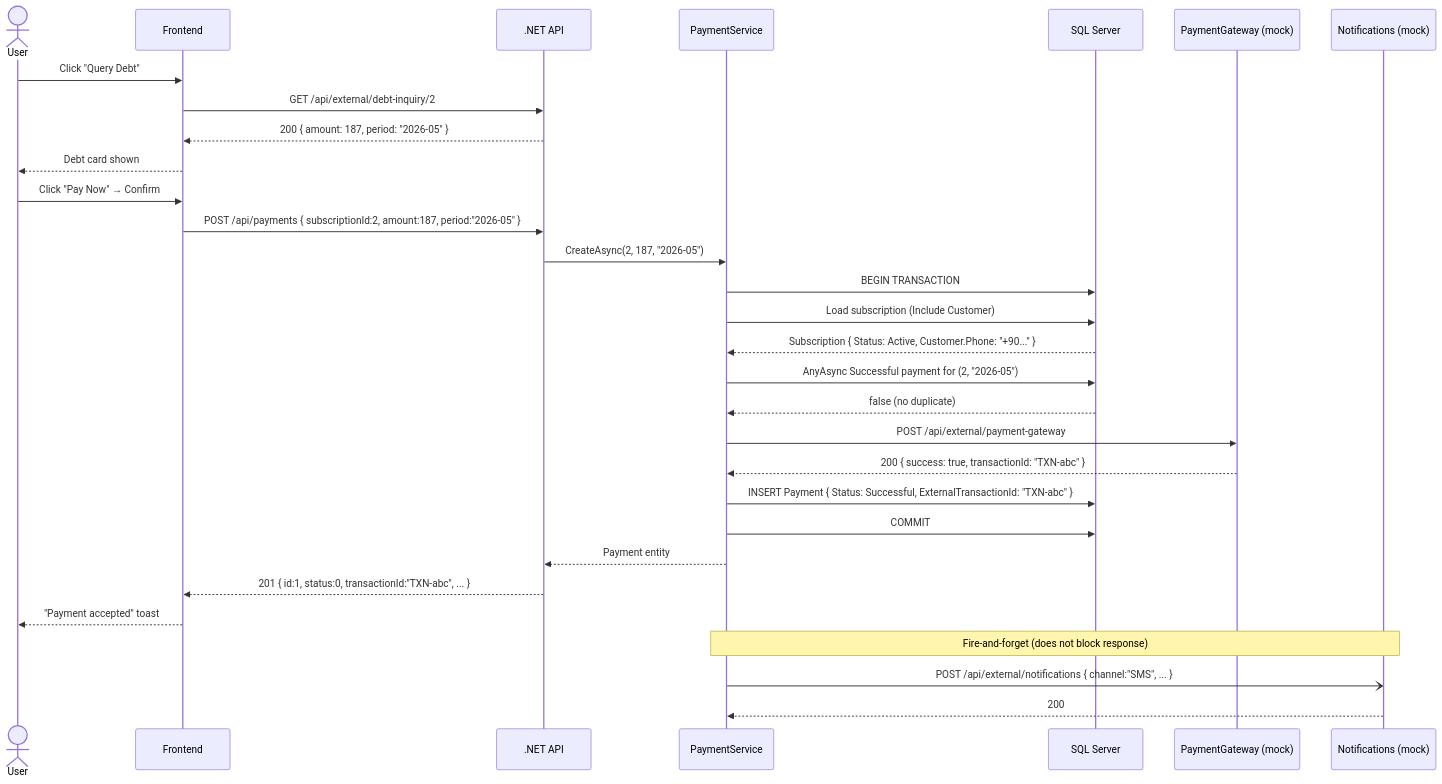
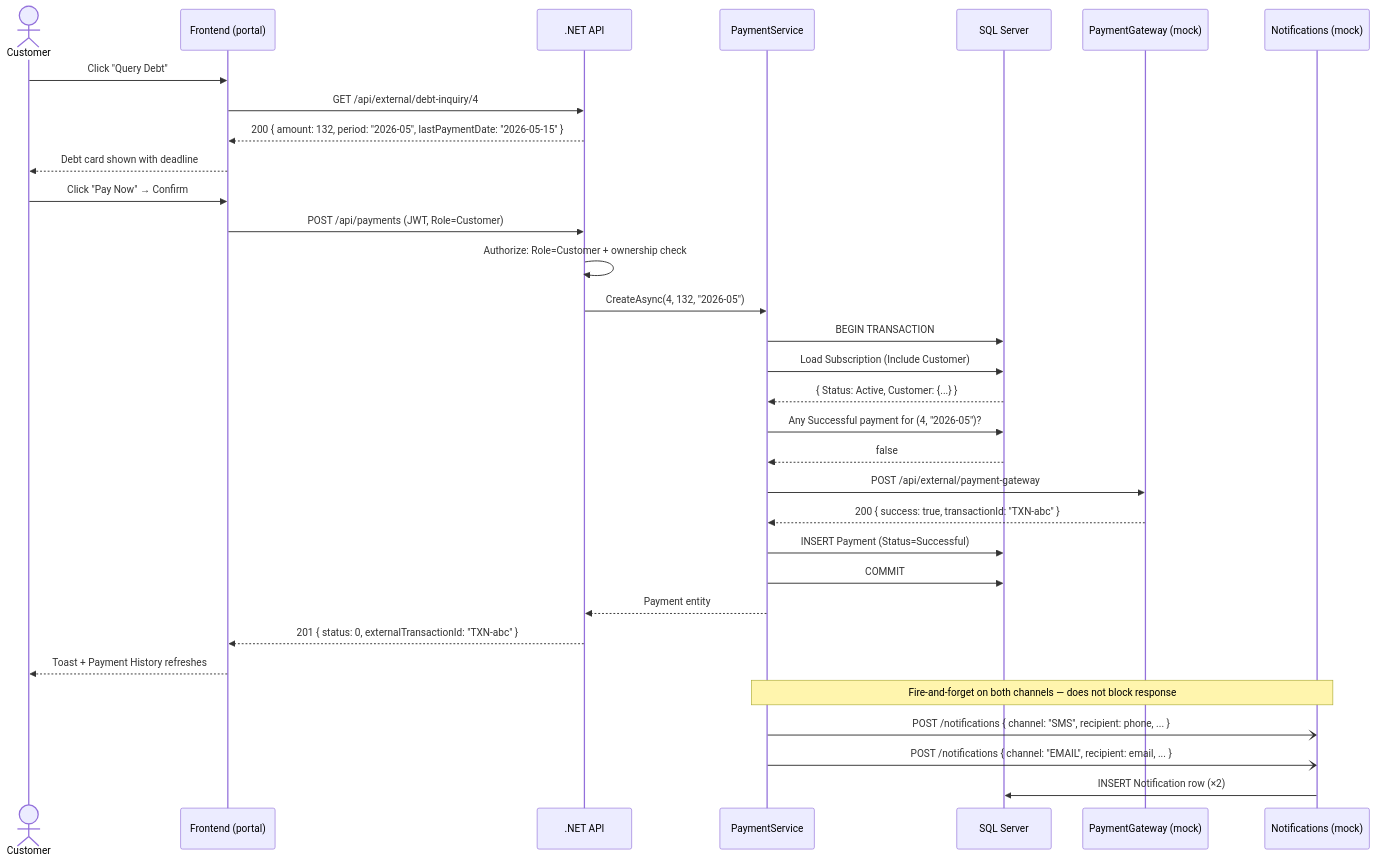
Before and after one commit to maliackgoz/ArchiCase: the first of 7 diagrams in docs/flow-diagrams.md, drawn with Mermaid. The commit also changed other lines of this file and 91 other files, not shown here.

Commit message:
Add extra Phase 10: Post-bootstrap iteration (portal, auto-pay, notifications log, admin restructure)

````diff
--- a/docs/flow-diagrams.md
+++ b/docs/flow-diagrams.md
@@ -5,35 +5,37 @@
 ```mermaid
 sequenceDiagram
-    actor User
-    participant Frontend
+    actor User as Customer
+    participant FE as Frontend (portal)
     participant API as .NET API
-    participant PaymentService
+    participant PS as PaymentService
     participant DB as SQL Server
-    participant Gateway as PaymentGateway (mock)
-    participant Notify as Notifications (mock)
+    participant GW as PaymentGateway (mock)
+    participant NT as Notifications (mock)
 
-    User->>Frontend: Click "Query Debt"
-    Frontend->>API: GET /api/external/debt-inquiry/2
-    API-->>Frontend: 200 { amount: 187, period: "2026-05" }
-    Frontend-->>User: Debt card shown
+    User->>FE: Click "Query Debt"
+    FE->>API: GET /api/external/debt-inquiry/4
+    API-->>FE: 200 { amount: 132, period: "2026-05", lastPaymentDate: "2026-05-15" }
+    FE-->>User: Debt card shown with deadline
 
-    User->>Frontend: Click "Pay Now" → Confirm
-    Frontend->>API: POST /api/payments { subscriptionId:2, amount:187, period:"2026-05" }
-    API->>PaymentService: CreateAsync(2, 187, "2026-05")
-    PaymentService->>DB: BEGIN TRANSACTION
-    PaymentService->>DB: Load subscription (Include Customer)
-    DB-->>PaymentService: Subscription { Status: Active, Customer.Phone: "+90..." }
-    PaymentService->>DB: AnyAsync Successful payment for (2, "2026-05")
-    DB-->>PaymentService: false (no duplicate)
-    PaymentService->>Gateway: POST /api/external/payment-gateway
-    Gateway-->>PaymentService: 200 { success: true, transactionId: "TXN-abc" }
-    PaymentService->>DB: INSERT Payment { Status: Successful, ExternalTransactionId: "TXN-abc" }
-    PaymentService->>DB: COMMIT
-    PaymentService-->>API: Payment entity
-    API-->>Frontend: 201 { id:1, status:0, transactionId:"TXN-abc", ... }
-    Frontend-->>User: "Payment accepted" toast
+    User->>FE: Click "Pay Now" → Confirm
+    FE->>API: POST /api/payments  (JWT, Role=Customer)
+    API->>API: Authorize: Role=Customer + ownership check
+    API->>PS: CreateAsync(4, 132, "2026-05")
+    PS->>DB: BEGIN TRANSACTION
+    PS->>DB: Load Subscription (Include Customer)
+    DB-->>PS: { Status: Active, Customer: {...} }
+    PS->>DB: Any Successful payment for (4, "2026-05")?
+    DB-->>PS: false
+    PS->>GW: POST /api/external/payment-gateway
+    GW-->>PS: 200 { success: true, transactionId: "TXN-abc" }
+    PS->>DB: INSERT Payment (Status=Successful)
+    PS->>DB: COMMIT
+    PS-->>API: Payment entity
+    API-->>FE: 201 { status: 0, externalTransactionId: "TXN-abc" }
+    FE-->>User: Toast + Payment History refreshes
 
-    Note over PaymentService,Notify: Fire-and-forget (does not block response)
-    PaymentService-)Notify: POST /api/external/notifications { channel:"SMS", ... }
-    Notify-->>PaymentService: 200
+    Note over PS,NT: Fire-and-forget on both channels — does not block response
+    PS-)NT: POST /notifications { channel: "SMS", recipient: phone, ... }
+    PS-)NT: POST /notifications { channel: "EMAIL", recipient: email, ... }
+    NT->>DB: INSERT Notification row (×2)
 ```
````
